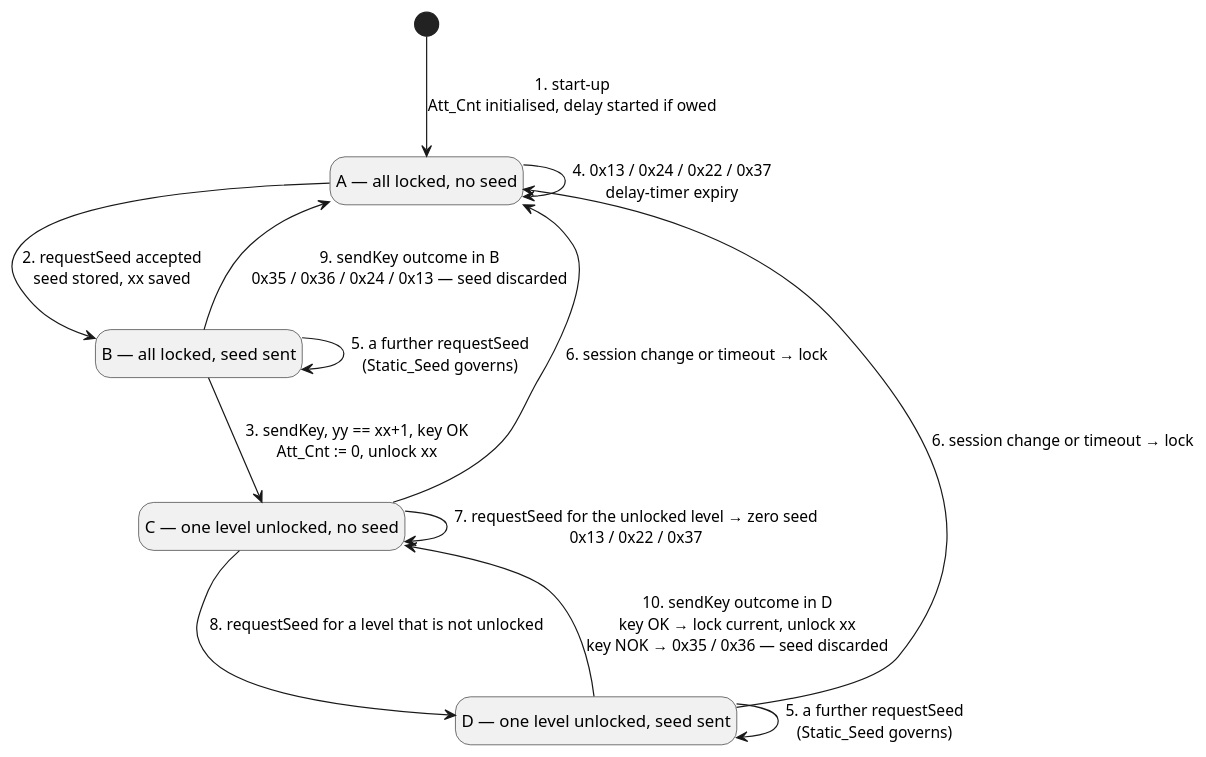
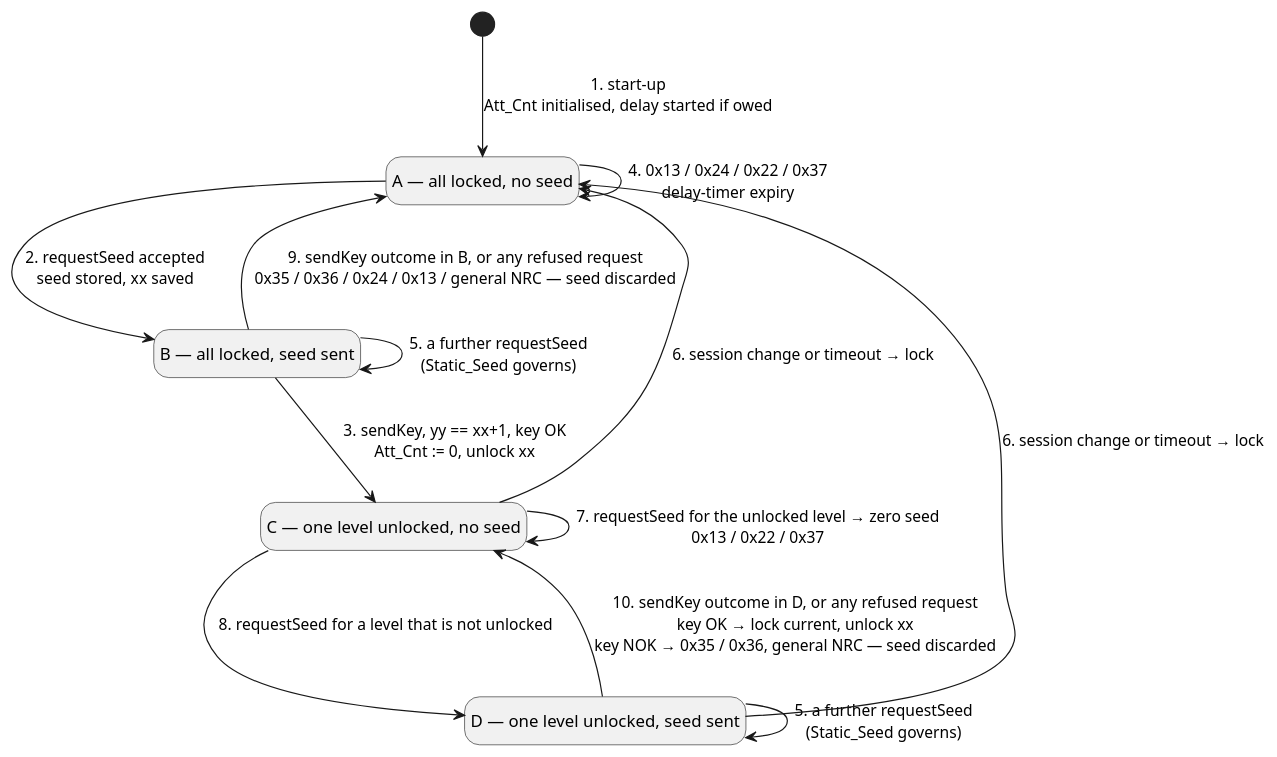
Before and after one commit to luminartech/uds_stack: the third of 4 diagrams in docs/architecture/service-traits.rst, drawn with PlantUML. The commit also changed other lines of this file and 3 other files, not shown here.

First line of the commit message:
fix(uds_services): a refused SecurityAccess request discards the seed awaiting a key

```diff
--- a/docs/architecture/service-traits.rst
+++ b/docs/architecture/service-traits.rst
@@ -443,25 +443,25 @@
    .. uml::
       :align: center
       :caption: Annex I's four states. Labels name the code this crate settles with; the
                 application is consulted only for a seed and a verdict on a key.
 
       @startuml
       hide empty description
       state "A — all locked, no seed" as A
       state "B — all locked, seed sent" as B
       state "C — one level unlocked, no seed" as C
       state "D — one level unlocked, seed sent" as D
 
       [*] --> A : 1. start-up\nAtt_Cnt initialised, delay started if owed
       A --> B : 2. requestSeed accepted\nseed stored, xx saved
       B --> C : 3. sendKey, yy == xx+1, key OK\nAtt_Cnt := 0, unlock xx
       A --> A : 4. 0x13 / 0x24 / 0x22 / 0x37\ndelay-timer expiry
       B --> B : 5. a further requestSeed\n(Static_Seed governs)
       D --> D : 5. a further requestSeed\n(Static_Seed governs)
       C --> A : 6. session change or timeout → lock
       D --> A : 6. session change or timeout → lock
       C --> C : 7. requestSeed for the unlocked level → zero seed\n0x13 / 0x22 / 0x37
       C --> D : 8. requestSeed for a level that is not unlocked
-      B --> A : 9. sendKey outcome in B\n0x35 / 0x36 / 0x24 / 0x13 — seed discarded
-      D --> C : 10. sendKey outcome in D\nkey OK → lock current, unlock xx\nkey NOK → 0x35 / 0x36 — seed discarded
+      B --> A : 9. sendKey outcome in B, or any refused request\n0x35 / 0x36 / 0x24 / 0x13 / general NRC — seed discarded
+      D --> C : 10. sendKey outcome in D, or any refused request\nkey OK → lock current, unlock xx\nkey NOK → 0x35 / 0x36, general NRC — seed discarded
       @enduml
```
